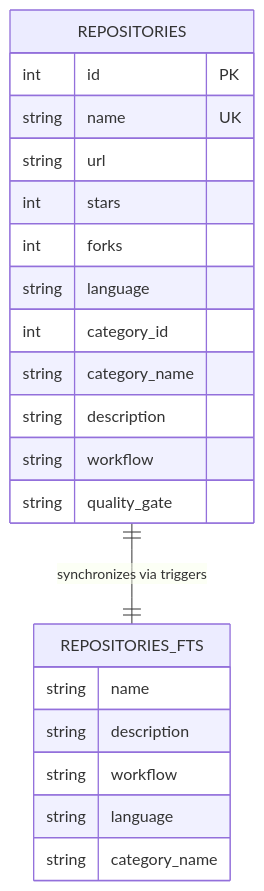
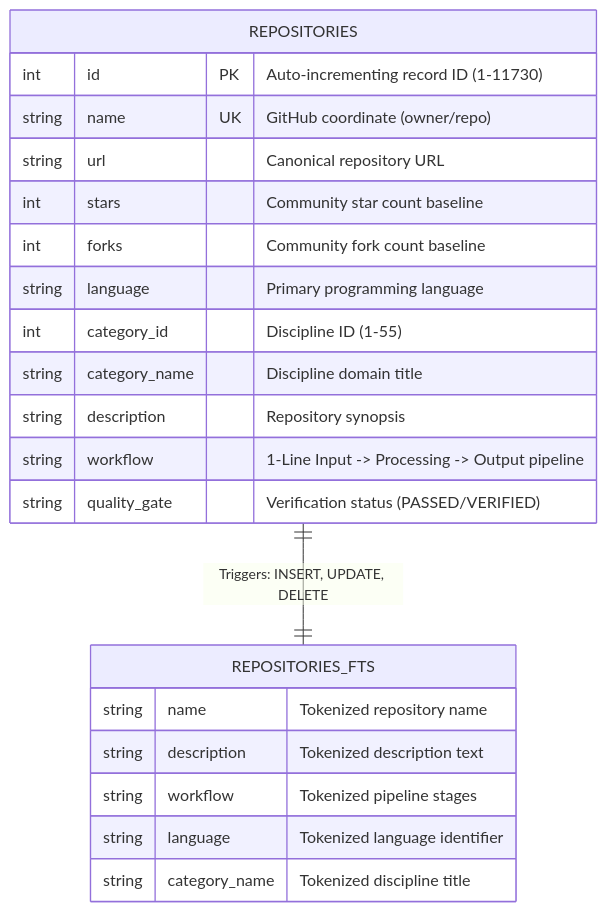
One commit to Akshay-Katiyar/Github-Ultimate-Repos changed the second of 3 diagrams in docs/architecture.md. Above: the diagram before and after it, drawn with Mermaid. The commit also changed other lines of this file and 117 other files, not shown here.

Commit message:
feat(arch): implement interactive animated architecture visualizer & workflow pipeline

````diff
--- a/docs/architecture.md
+++ b/docs/architecture.md
@@ -56,24 +102,26 @@
 ```mermaid
 erDiagram
     REPOSITORIES {
-        int id PK
-        string name UK
-        string url
-        int stars
-        int forks
-        string language
-        int category_id
-        string category_name
-        string description
-        string workflow
-        string quality_gate
+        int id PK "Auto-incrementing record ID (1-11730)"
+        string name UK "GitHub coordinate (owner/repo)"
+        string url "Canonical repository URL"
+        int stars "Community star count baseline"
+        int forks "Community fork count baseline"
+        string language "Primary programming language"
+        int category_id "Discipline ID (1-55)"
+        string category_name "Discipline domain title"
+        string description "Repository synopsis"
+        string workflow "1-Line Input -> Processing -> Output pipeline"
+        string quality_gate "Verification status (PASSED/VERIFIED)"
     }
+
     REPOSITORIES_FTS {
-        string name
-        string description
-        string workflow
-        string language
-        string category_name
+        string name "Tokenized repository name"
+        string description "Tokenized description text"
+        string workflow "Tokenized pipeline stages"
+        string language "Tokenized language identifier"
+        string category_name "Tokenized discipline title"
     }
-    REPOSITORIES ||--|| REPOSITORIES_FTS : "synchronizes via triggers"
+
+    REPOSITORIES ||--|| REPOSITORIES_FTS : "Triggers: INSERT, UPDATE, DELETE"
 ```
````
